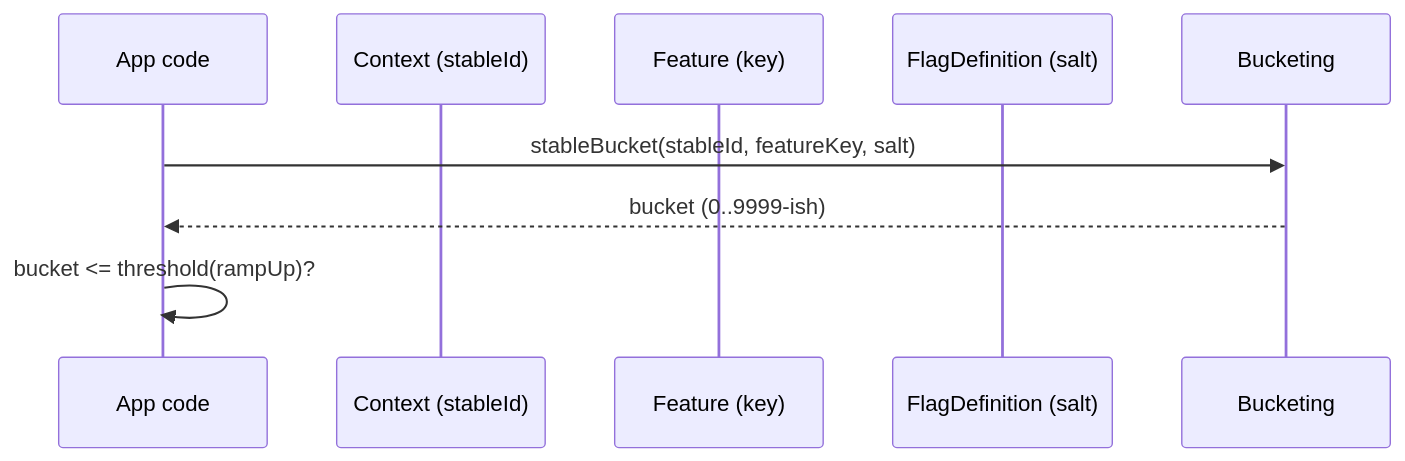
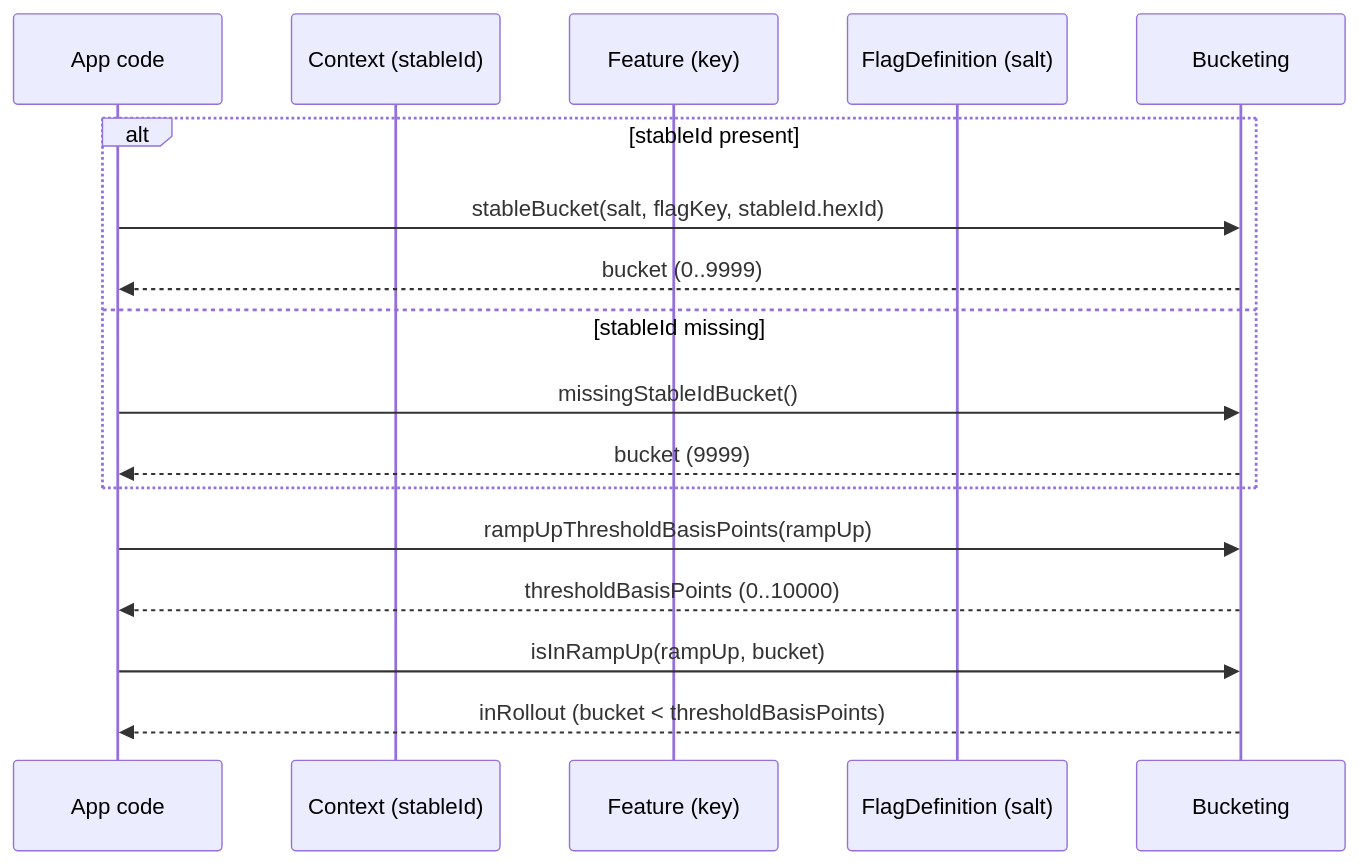
The first of 2 diagrams in docusaurus/docs/rollouts-and-bucketing.md (amichne/konditional), drawn with Mermaid before and after one commit. The commit also changed other lines of this file and 55 other files, not shown here.

````diff
--- a/docusaurus/docs/rollouts-and-bucketing.md
+++ b/docusaurus/docs/rollouts-and-bucketing.md
@@ -46,11 +31,19 @@
 ```mermaid
 sequenceDiagram
   participant App as App code
   participant C as Context (stableId)
   participant F as Feature (key)
   participant D as FlagDefinition (salt)
   participant B as Bucketing
-  App->>B: stableBucket(stableId, featureKey, salt)
-  B-->>App: bucket (0..9999-ish)
-  App->>App: bucket <= threshold(rampUp)?
+  alt stableId present
+    App->>B: stableBucket(salt, flagKey, stableId.hexId)
+    B-->>App: bucket (0..9999)
+  else stableId missing
+    App->>B: missingStableIdBucket()
+    B-->>App: bucket (9999)
+  end
+  App->>B: rampUpThresholdBasisPoints(rampUp)
+  B-->>App: thresholdBasisPoints (0..10000)
+  App->>B: isInRampUp(rampUp, bucket)
+  B-->>App: inRollout (bucket < thresholdBasisPoints)
 ```
````
